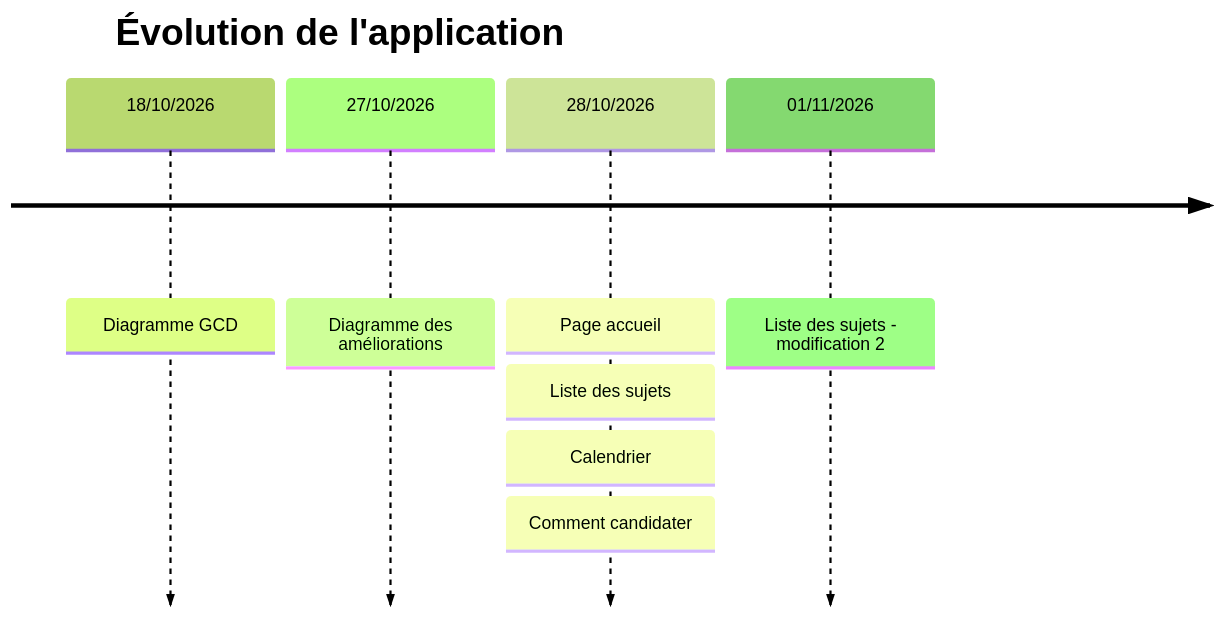
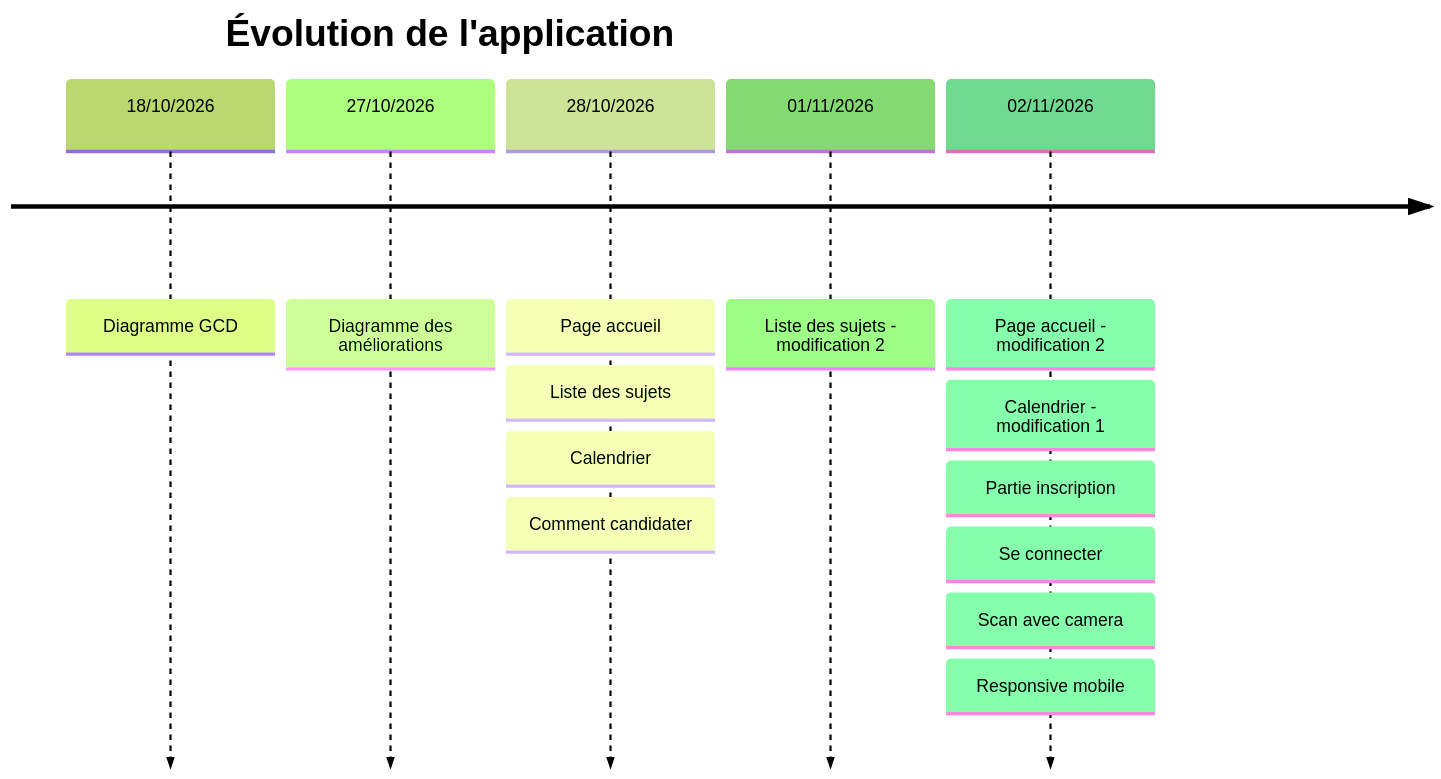
Before and after one commit to ElmoufaouedAya/TP_Dev_Logicielle: the diagram in README.md, drawn with Mermaid (forest theme). The commit also changed other lines of this file, not shown here.

````diff
--- a/README.md
+++ b/README.md
@@ -7,8 +7,9 @@
 ```mermaid
 timeline
     title Évolution de l'application
     18/10/2026 : Diagramme GCD
     27/10/2026 : Diagramme des améliorations
     28/10/2026 : Page accueil : Liste des sujets : Calendrier : Comment candidater
     01/11/2026 : Liste des sujets - modification 2
+    02/11/2026 : Page accueil - modification 2 : Calendrier - modification 1 : Partie inscription : Se connecter : Scan avec camera : Responsive mobile
 ```
````
